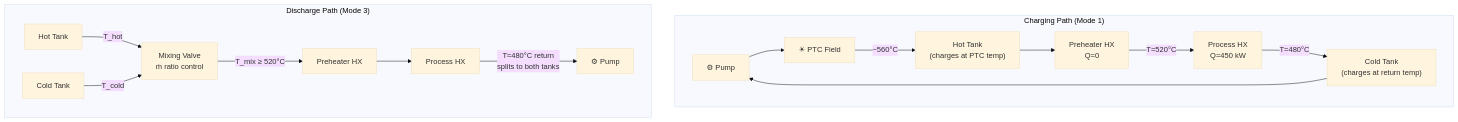
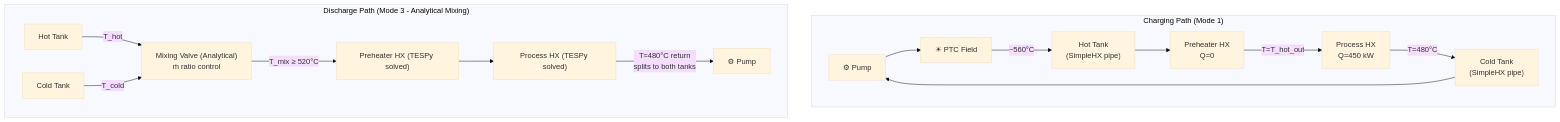
The fourth of 17 diagrams in .planning/PLANT_LAYOUTS_AND_MODES.md (iwolde/pbtes-sim), drawn with Mermaid (base theme) before and after one commit. The commit also changed other lines of this file and 12 other files, not shown here.

````diff
--- a/.planning/PLANT_LAYOUTS_AND_MODES.md
+++ b/.planning/PLANT_LAYOUTS_AND_MODES.md
@@ -241,19 +245,19 @@
 ```mermaid
 graph TD
     subgraph "Charging Path (Mode 1)"
         P1["⚙ Pump"] --> PTC["☀ PTC Field"]
-        PTC -->|"~560°C"| HT["Hot Tank<br/>(charges at PTC temp)"]
+        PTC -->|"~560°C"| HT["Hot Tank<br/>(SimpleHX pipe)"]
         HT --> PH["Preheater HX<br/>Q=0"]
-        PH -->|"T=520°C"| PR["Process HX<br/>Q=450 kW"]
-        PR -->|"T=480°C"| CT["Cold Tank<br/>(charges at return temp)"]
+        PH -->|"T=T_hot_out"| PR["Process HX<br/>Q=450 kW"]
+        PR -->|"T=480°C"| CT["Cold Tank<br/>(SimpleHX pipe)"]
         CT --> P1
     end
 
-    subgraph "Discharge Path (Mode 3)"
-        HT2["Hot Tank"] -->|"T_hot"| MV["Mixing Valve<br/>ṁ ratio control"]
+    subgraph "Discharge Path (Mode 3 - Analytical Mixing)"
+        HT2["Hot Tank"] -->|"T_hot"| MV["Mixing Valve (Analytical)<br/>ṁ ratio control"]
         CT2["Cold Tank"] -->|"T_cold"| MV
-        MV -->|"T_mix ≥ 520°C"| PH2["Preheater HX"]
-        PH2 --> PR2["Process HX"]
+        MV -->|"T_mix ≥ 520°C"| PH2["Preheater HX (TESPy solved)"]
+        PH2 --> PR2["Process HX (TESPy solved)"]
         PR2 -->|"T≈480°C return<br/>splits to both tanks"| P1D["⚙ Pump"]
     end
 ```
````
